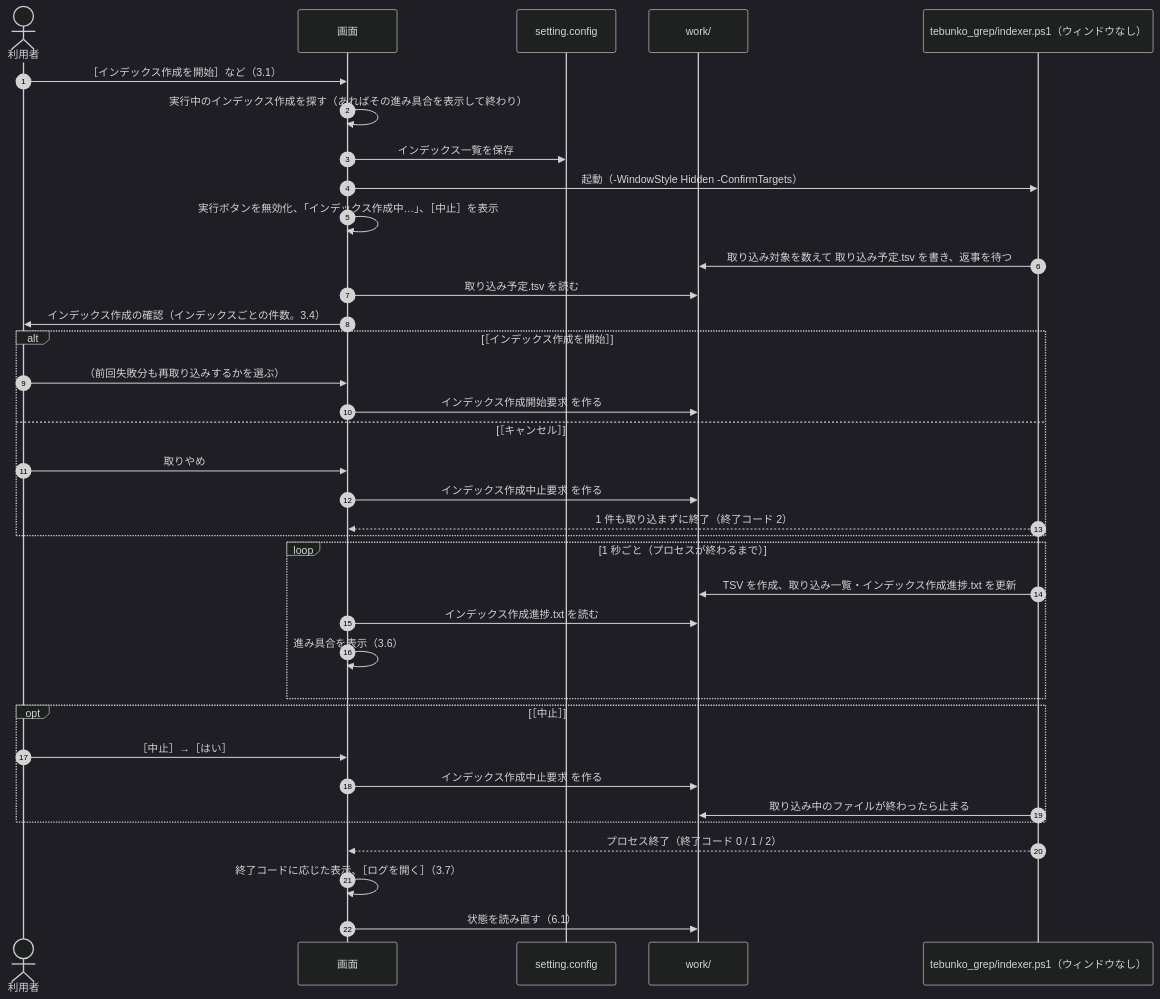
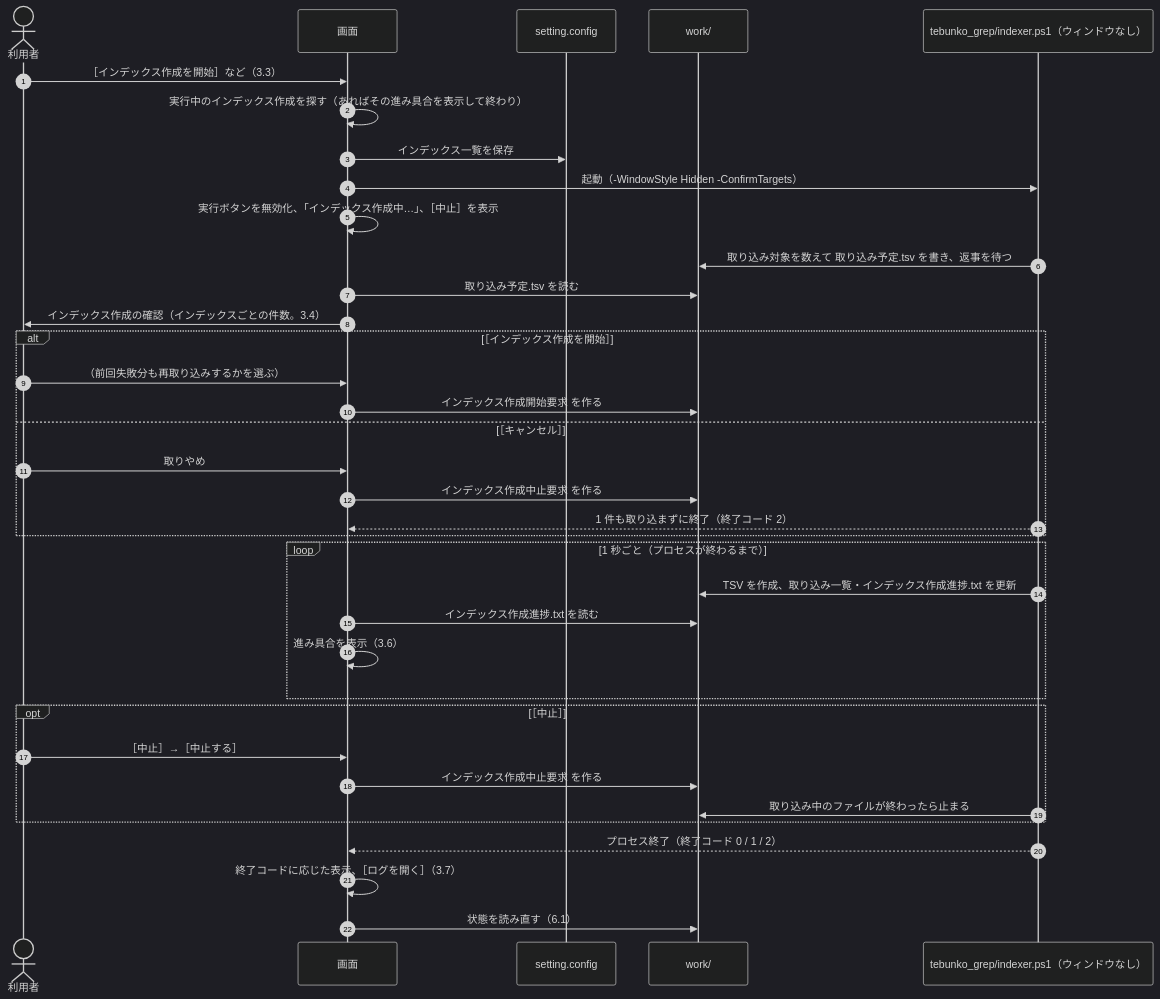
The third of 4 diagrams in docs/03_画面_4_状態と操作の流れ.md (hsgwa/tebunko), drawn with Mermaid (dark theme) before and after one commit. The commit also changed other lines of this file and 36 other files, not shown here.

````diff
--- a/docs/03_画面_4_状態と操作の流れ.md
+++ b/docs/03_画面_4_状態と操作の流れ.md
@@ -80,39 +82,39 @@
 ```mermaid
 sequenceDiagram
     autonumber
     actor U as 利用者
     participant G as 画面
     participant C as setting.config
     participant W as work/
     participant P as tebunko_grep/indexer.ps1（ウィンドウなし）
 
-    U->>G: ［インデックス作成を開始］など（3.1）
+    U->>G: ［インデックス作成を開始］など（3.3）
     G->>G: 実行中のインデックス作成を探す（あればその進み具合を表示して終わり）
     G->>C: インデックス一覧を保存
     G->>P: 起動（-WindowStyle Hidden -ConfirmTargets）
     G->>G: 実行ボタンを無効化、「インデックス作成中…」、［中止］を表示
     P->>W: 取り込み対象を数えて 取り込み予定.tsv を書き、返事を待つ
     G->>W: 取り込み予定.tsv を読む
     G->>U: インデックス作成の確認（インデックスごとの件数。3.4）
     alt ［インデックス作成を開始］
         U->>G: （前回失敗分も再取り込みするかを選ぶ）
         G->>W: インデックス作成開始要求 を作る
     else ［キャンセル］
         U->>G: 取りやめ
         G->>W: インデックス作成中止要求 を作る
         P-->>G: 1 件も取り込まずに終了（終了コード 2）
     end
     loop 1 秒ごと（プロセスが終わるまで）
         P->>W: TSV を作成、取り込み一覧・インデックス作成進捗.txt を更新
         G->>W: インデックス作成進捗.txt を読む
         G->>G: 進み具合を表示（3.6）
     end
     opt ［中止］
-        U->>G: ［中止］→［はい］
+        U->>G: ［中止］→［中止する］
         G->>W: インデックス作成中止要求 を作る
         P->>W: 取り込み中のファイルが終わったら止まる
     end
     P-->>G: プロセス終了（終了コード 0 / 1 / 2）
     G->>G: 終了コードに応じた表示、［ログを開く］（3.7）
     G->>W: 状態を読み直す（6.1）
 ```
````
